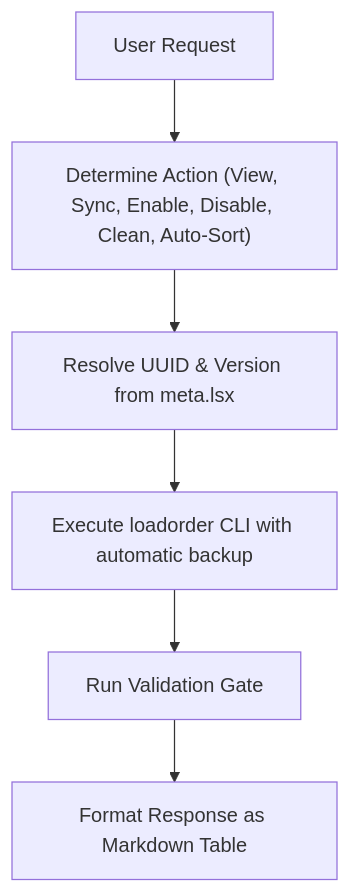
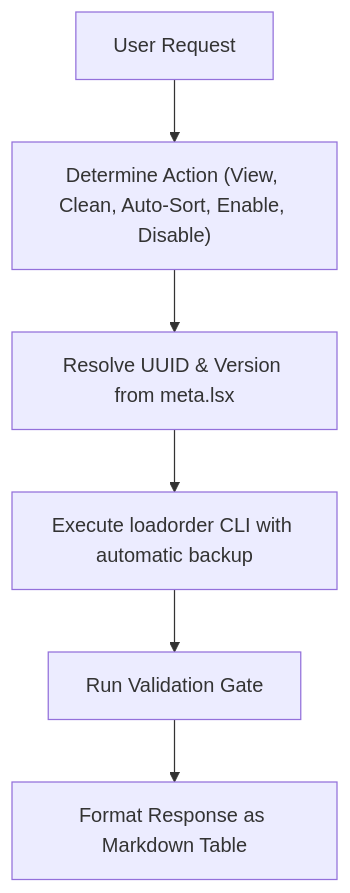
The diagram in packages/bg3-core/bg3_core/skills/bg3-manage-load-order/SKILL.md (jpelton-stroud/bg3-mod-studio), drawn with Mermaid before and after one commit. The commit also changed other lines of this file and 49 other files, not shown here.

````diff
--- a/packages/bg3-core/bg3_core/skills/bg3-manage-load-order/SKILL.md
+++ b/packages/bg3-core/bg3_core/skills/bg3-manage-load-order/SKILL.md
@@ -17,8 +17,8 @@
 ```mermaid
 flowchart TD
-    Trigger["User Request"] --> Parse["Determine Action (View, Sync, Enable, Disable, Clean, Auto-Sort)"]
+    Trigger["User Request"] --> Parse["Determine Action (View, Clean, Auto-Sort, Enable, Disable)"]
     Parse --> ResolveMod["Resolve UUID & Version from meta.lsx"]
     ResolveMod --> Execute["Execute loadorder CLI with automatic backup"]
     Execute --> Verify["Run Validation Gate"]
     Verify --> Format["Format Response as Markdown Table"]
 ```
````
